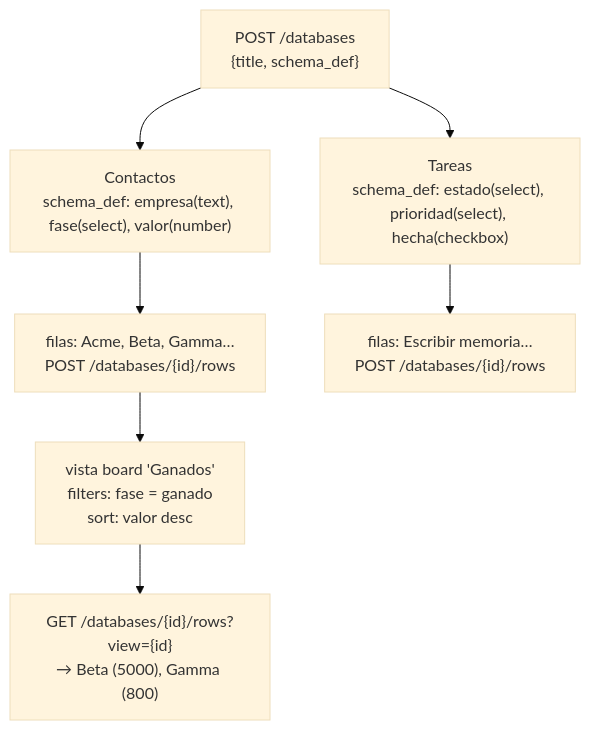
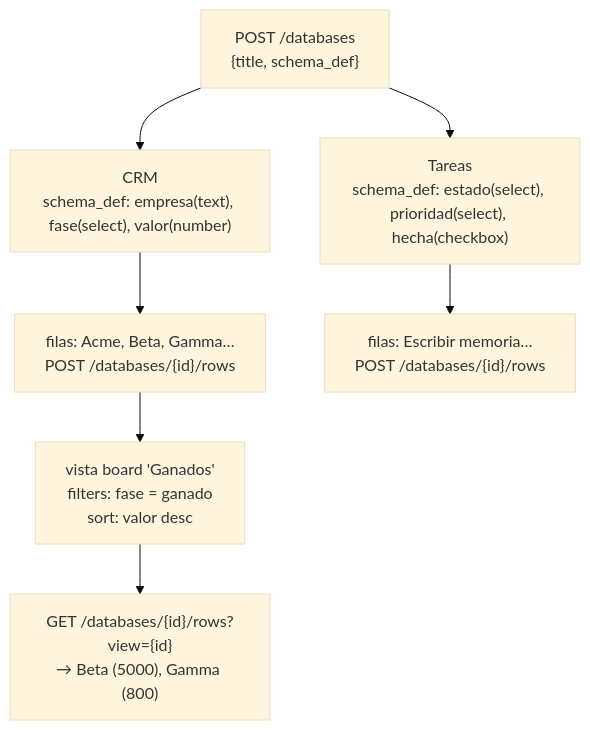
One commit to joaquinrodfer/MyDamnManagement changed the seventh of 9 diagrams in docs/ARCHITECTURE.md. Above: the diagram before and after it, drawn with Mermaid (base theme). The commit also changed other lines of this file and 1 other file, not shown here.

First line of the commit message:
docs: ARCHITECTURE llama «CRM» a la base de la plantilla CRM

````diff
--- a/docs/ARCHITECTURE.md
+++ b/docs/ARCHITECTURE.md
@@ -187,15 +187,15 @@
 ```mermaid
 graph TD
     ENGINE["POST /databases<br/>{title, schema_def}"]
-    CRM_DEF["Contactos<br/>schema_def: empresa(text), fase(select), valor(number)"]
+    CRM_DEF["CRM<br/>schema_def: empresa(text), fase(select), valor(number)"]
     TASK_DEF["Tareas<br/>schema_def: estado(select), prioridad(select), hecha(checkbox)"]
 
     ENGINE --> CRM_DEF
     ENGINE --> TASK_DEF
 
     CRM_DEF --> CRM_ROWS["filas: Acme, Beta, Gamma…<br/>POST /databases/{id}/rows"]
     TASK_DEF --> TASK_ROWS["filas: Escribir memoria…<br/>POST /databases/{id}/rows"]
 
     CRM_ROWS --> CRM_VIEW["vista board 'Ganados'<br/>filters: fase = ganado<br/>sort: valor desc"]
     CRM_VIEW --> CRM_RESULT["GET /databases/{id}/rows?view={id}<br/>→ Beta (5000), Gamma (800)"]
 ```
````
